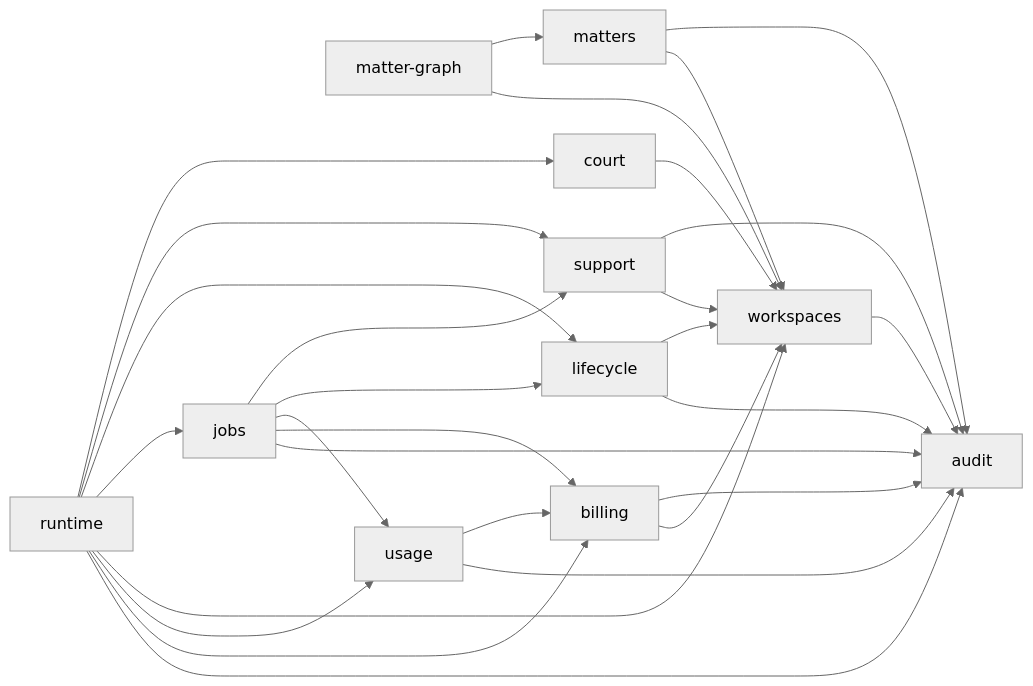
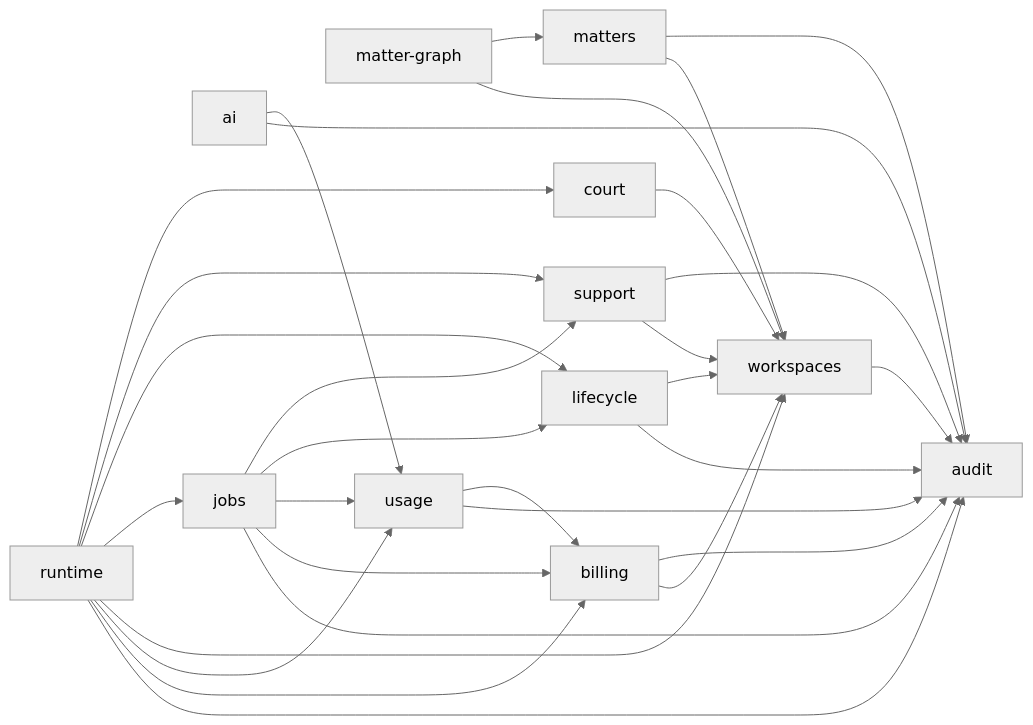
One commit to RapierCraftStudios/causedeck changed the diagram in docs/engineering/core-domains.md. Above: the diagram before and after it, drawn with Mermaid (neutral theme). The commit also changed other lines of this file and 68 other files, not shown here.

````diff
--- a/docs/engineering/core-domains.md
+++ b/docs/engineering/core-domains.md
@@ -58,30 +59,32 @@
 ```mermaid
 graph LR
   workspaces --> audit
   matters --> workspaces
   matters --> audit
   court --> workspaces
   matter-graph --> workspaces
   matter-graph --> matters
   billing --> workspaces
   billing --> audit
   usage --> audit
   usage --> billing
+  ai --> audit
+  ai --> usage
   lifecycle --> audit
   lifecycle --> workspaces
   support --> workspaces
   support --> audit
   jobs --> audit
   jobs --> billing
   jobs --> usage
   jobs --> lifecycle
   jobs --> support
   runtime --> audit
   runtime --> billing
   runtime --> usage
   runtime --> workspaces
   runtime --> jobs
   runtime --> lifecycle
   runtime --> support
   runtime --> court
 ```
````
